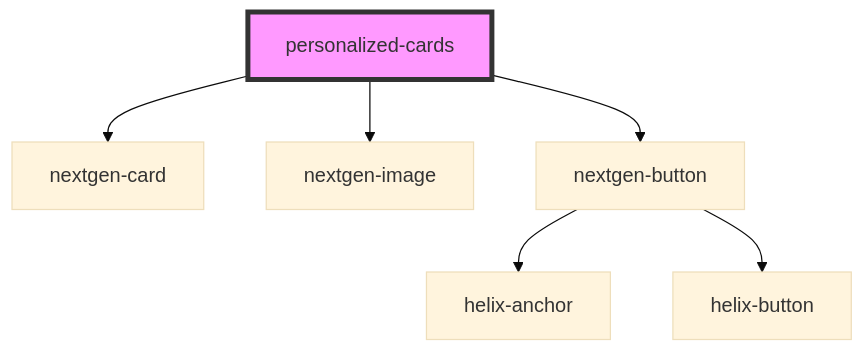
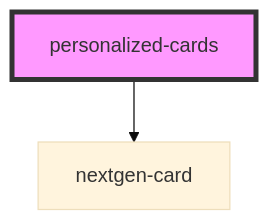
Before and after one commit to nikunjpatel3/helix-grv-nextgen-canvas: the diagram in src/components/personalized-cards/readme.md, drawn with Mermaid (base theme). The commit also changed other lines of this file and 1 other file, not shown here.

````diff
--- a/src/components/personalized-cards/readme.md
+++ b/src/components/personalized-cards/readme.md
@@ -44,9 +39,5 @@
 ```mermaid
 graph TD;
   personalized-cards --> nextgen-card
-  personalized-cards --> nextgen-image
-  personalized-cards --> nextgen-button
-  nextgen-button --> helix-anchor
-  nextgen-button --> helix-button
   style personalized-cards fill:#f9f,stroke:#333,stroke-width:4px
 ```
````
